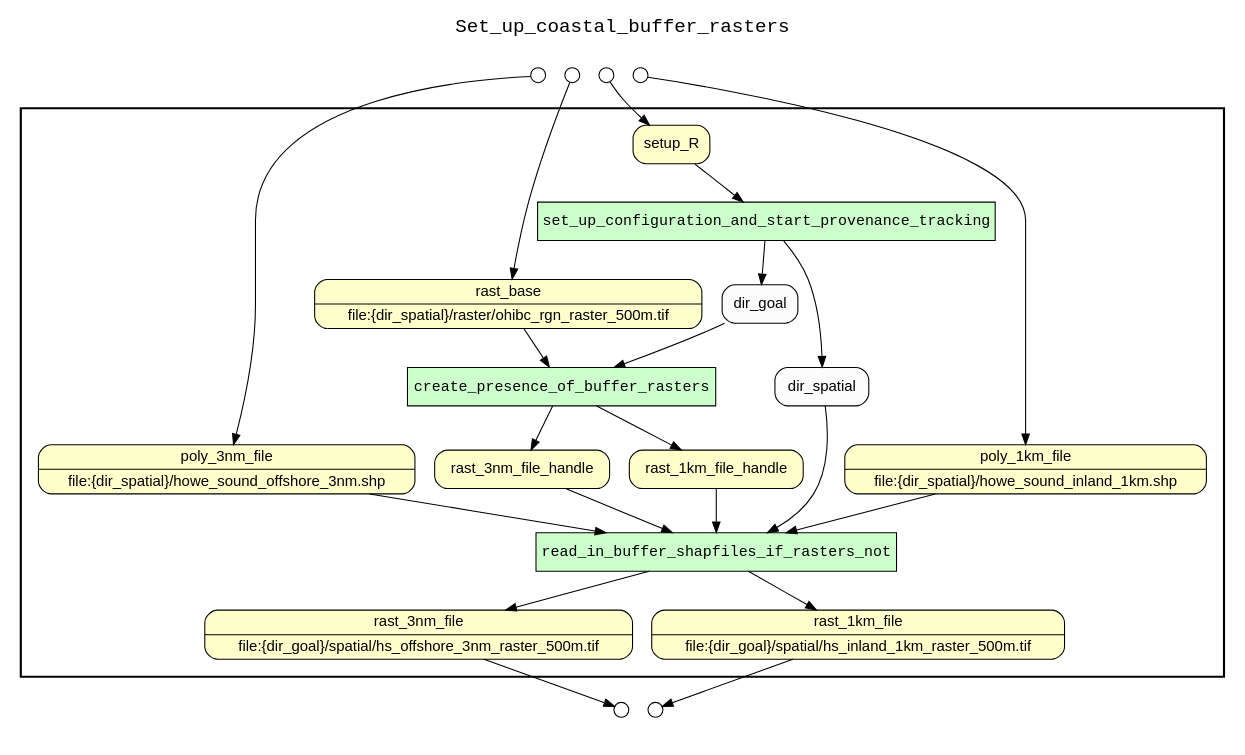
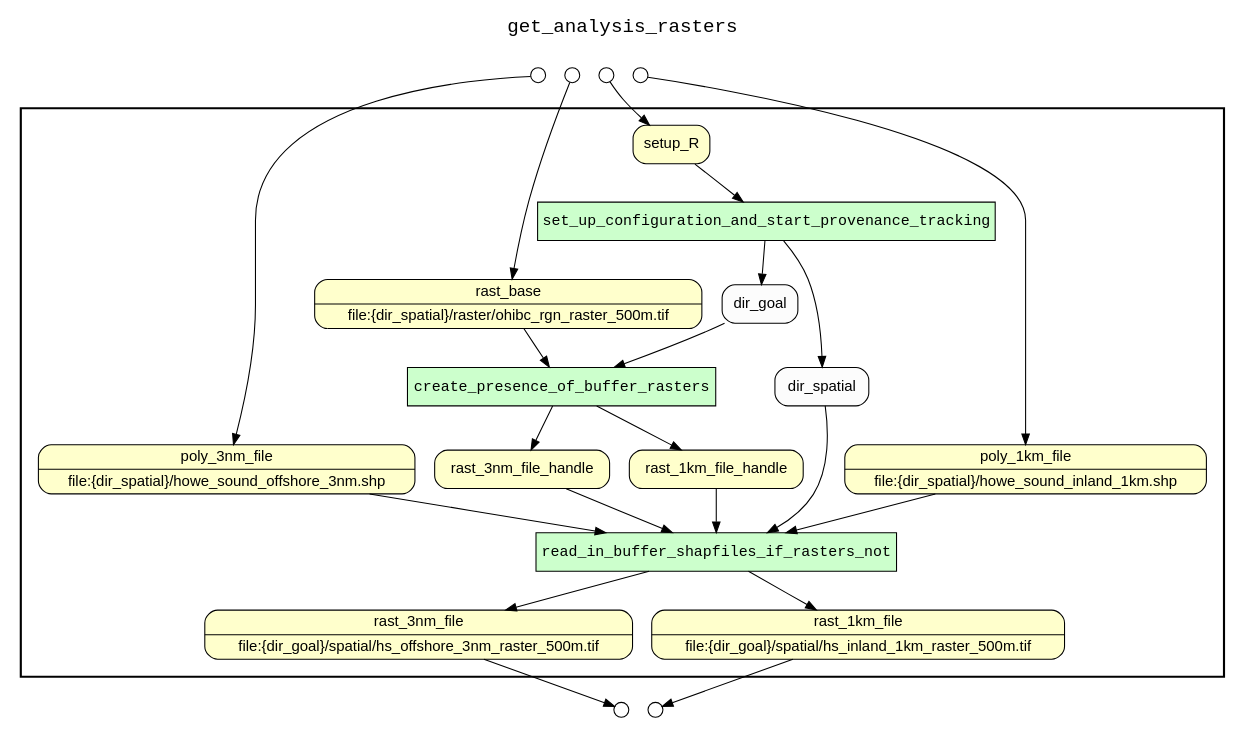
The diagram in examples/OHIBC_Howe_Sound/yw prospective figures only/results/get_analysis_rasters_complete_wf_graph_uri.gv (sycao5/runManager-multipleRuns), drawn with Graphviz before and after one commit. The commit also changed 41 other files, not shown here.

Commit message:
Change the YW top-level WF name the same as the script name. The top-level YW tag is used as title of WF graphs.

```diff
--- a/examples/OHIBC_Howe_Sound/yw prospective figures only/results/get_analysis_rasters_complete_wf_graph_uri.gv
+++ b/examples/OHIBC_Howe_Sound/yw prospective figures only/results/get_analysis_rasters_complete_wf_graph_uri.gv
@@ -1,58 +1,58 @@
 digraph Workflow {
 rankdir=TB
 fontname=Courier; fontsize=18; labelloc=t
-label=Set_up_coastal_buffer_rasters
+label=get_analysis_rasters
 subgraph cluster_workflow_box_outer { label=""; color=black; penwidth=2
 subgraph cluster_workflow_box_inner { label=""; color=white
 node[shape=box style=filled fillcolor="#CCFFCC" peripheries=1 fontname=Courier]
 set_up_configuration_and_start_provenance_tracking
 create_presence_of_buffer_rasters
 read_in_buffer_shapfiles_if_rasters_not
 node[shape=box style="rounded,filled" fillcolor="#FFFFCC" peripheries=1 fontname=Helvetica]
 rast_3nm_file [shape=record rankdir=LR label="{<f0> rast_3nm_file |<f1> file\:\{dir_goal\}/spatial/hs_offshore_3nm_raster_500m.tif}"];
 rast_1km_file [shape=record rankdir=LR label="{<f0> rast_1km_file |<f1> file\:\{dir_goal\}/spatial/hs_inland_1km_raster_500m.tif}"];
 setup_R
 rast_base [shape=record rankdir=LR label="{<f0> rast_base |<f1> file\:\{dir_spatial\}/raster/ohibc_rgn_raster_500m.tif}"];
 poly_3nm_file [shape=record rankdir=LR label="{<f0> poly_3nm_file |<f1> file\:\{dir_spatial\}/howe_sound_offshore_3nm.shp}"];
 poly_1km_file [shape=record rankdir=LR label="{<f0> poly_1km_file |<f1> file\:\{dir_spatial\}/howe_sound_inland_1km.shp}"];
 rast_3nm_file_handle
 rast_1km_file_handle
 node[shape=box style="rounded,filled" fillcolor="#FCFCFC" peripheries=1 fontname=Helvetica]
 dir_goal
 dir_spatial
 set_up_configuration_and_start_provenance_tracking -> dir_spatial
 set_up_configuration_and_start_provenance_tracking -> dir_goal
 setup_R -> set_up_configuration_and_start_provenance_tracking
 create_presence_of_buffer_rasters -> rast_3nm_file_handle
 create_presence_of_buffer_rasters -> rast_1km_file_handle
 dir_goal -> create_presence_of_buffer_rasters
 rast_base -> create_presence_of_buffer_rasters
 read_in_buffer_shapfiles_if_rasters_not -> rast_3nm_file
 read_in_buffer_shapfiles_if_rasters_not -> rast_1km_file
 dir_spatial -> read_in_buffer_shapfiles_if_rasters_not
 poly_3nm_file -> read_in_buffer_shapfiles_if_rasters_not
 poly_1km_file -> read_in_buffer_shapfiles_if_rasters_not
 rast_3nm_file_handle -> read_in_buffer_shapfiles_if_rasters_not
 rast_1km_file_handle -> read_in_buffer_shapfiles_if_rasters_not
 }}
 subgraph cluster_input_ports_group_outer { label=""; color=white
 subgraph cluster_input_ports_group_inner { label=""; color=white
 node[shape=circle style="rounded,filled" fillcolor="#FFFFFF" peripheries=1 fontname=Helvetica width=0.2]
 setup_R_input_port [label=""]
 poly_3nm_file_input_port [label=""]
 poly_1km_file_input_port [label=""]
 rast_base_input_port [label=""]
 }}
 subgraph cluster_output_ports_group_outer { label=""; color=white
 subgraph cluster_output_ports_group_inner { label=""; color=white
 node[shape=circle style="rounded,filled" fillcolor="#FFFFFF" peripheries=1 fontname=Helvetica width=0.2]
 rast_3nm_file_output_port [label=""]
 rast_1km_file_output_port [label=""]
 }}
 setup_R_input_port -> setup_R
 poly_3nm_file_input_port -> poly_3nm_file
 poly_1km_file_input_port -> poly_1km_file
 rast_base_input_port -> rast_base
 rast_3nm_file -> rast_3nm_file_output_port
 rast_1km_file -> rast_1km_file_output_port
 }
```
